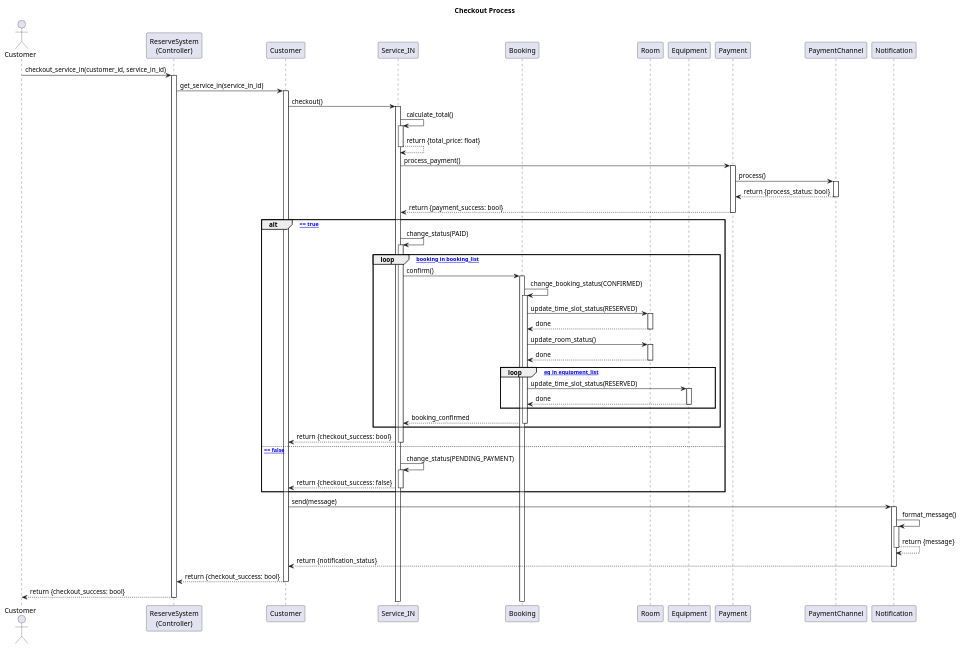
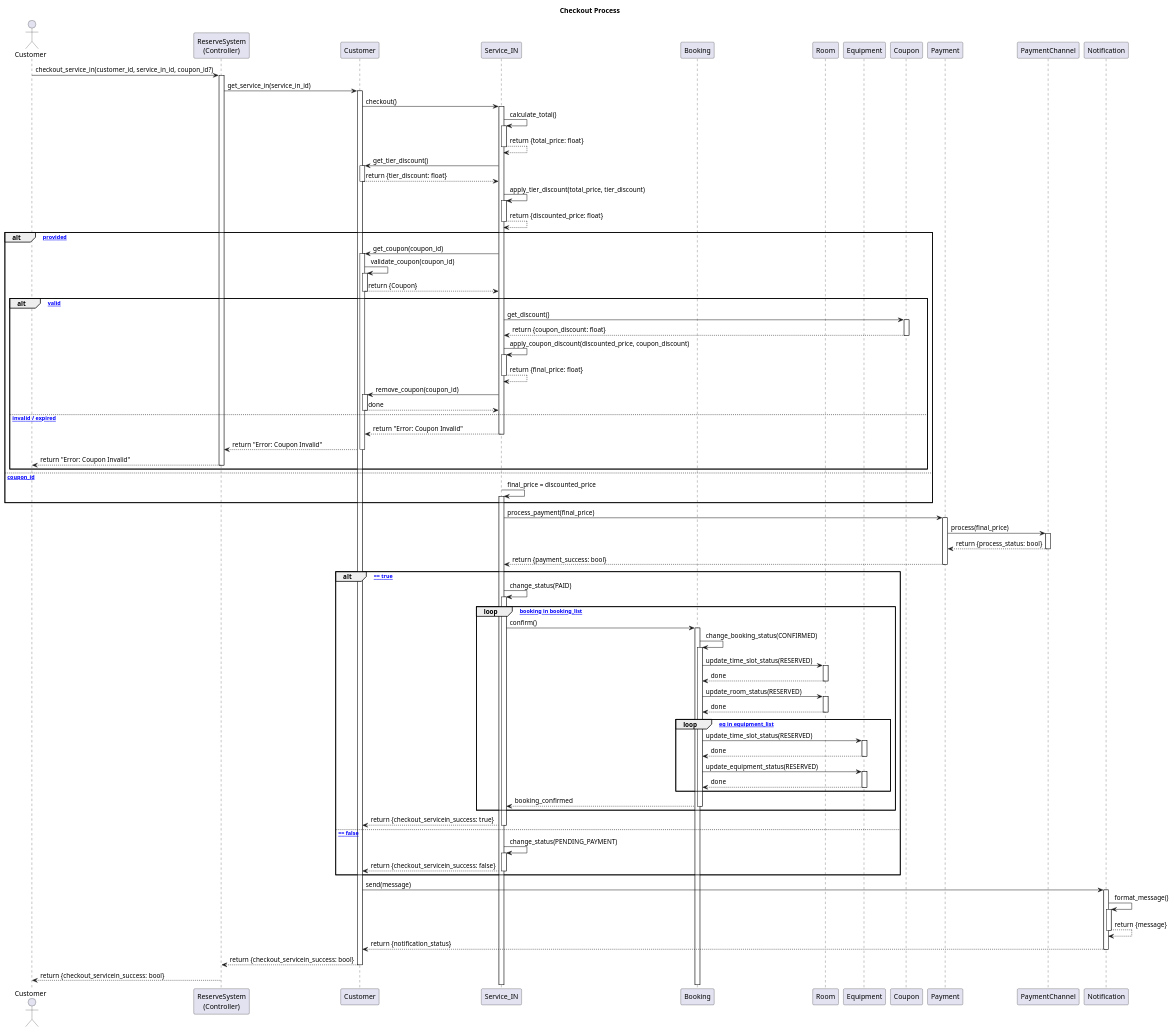
Before and after one commit to pjngth998/RhythmReserve: the diagram in diagram/sequence_diagram/Check_out_service_in.puml, drawn with PlantUML. The commit also changed 3 other files, not shown here.

Commit message:
still edit the cancel_booking and Check0ut_service_in .py

```diff
--- a/diagram/sequence_diagram/Check_out_service_in.puml
+++ b/diagram/sequence_diagram/Check_out_service_in.puml
@@ -1,69 +1,104 @@
 @startuml
 autoactivate on
 
 actor "Customer" as Program
 participant "ReserveSystem\n(Controller)" as System
 participant "Customer" as Customer
 participant "Service_IN" as ServiceIN
 participant "Booking" as Booking
 participant "Room" as Room
 participant "Equipment" as Equipment
+participant "Coupon" as Coupon
 participant "Payment" as Payment
 participant "PaymentChannel" as Channel
 participant "Notification" as Notification
 
 title Checkout Process
 
-Program -> System : checkout_service_in(customer_id, service_in_id)
+Program -> System : checkout_service_in(customer_id, service_in_id, coupon_id?)
 
     System -> Customer : get_service_in(service_in_id)
 
         Customer -> ServiceIN : checkout()
 
             ServiceIN -> ServiceIN : calculate_total()
             ServiceIN --> ServiceIN : return {total_price: float}
 
-            ServiceIN -> Payment : process_payment()
-                Payment -> Channel : process()
+            ServiceIN -> Customer : get_tier_discount()
+            Customer --> ServiceIN : return {tier_discount: float}
+
+            ServiceIN -> ServiceIN : apply_tier_discount(total_price, tier_discount)
+            ServiceIN --> ServiceIN : return {discounted_price: float}
+
+            alt [coupon_id provided]
+
+                ServiceIN -> Customer : get_coupon(coupon_id)
+                    Customer -> Customer : validate_coupon(coupon_id)
+                Customer --> ServiceIN : return {Coupon}
+
+                alt [Coupon valid]
+                    ServiceIN -> Coupon : get_discount()
+                    Coupon --> ServiceIN : return {coupon_discount: float}
+
+                    ServiceIN -> ServiceIN : apply_coupon_discount(discounted_price, coupon_discount)
+                    ServiceIN --> ServiceIN : return {final_price: float}
+
+                    ServiceIN -> Customer : remove_coupon(coupon_id)
+                    Customer --> ServiceIN : done
+
+                else [Coupon invalid / expired]
+                    ServiceIN --> Customer : return "Error: Coupon Invalid"
+                    Customer --> System : return "Error: Coupon Invalid"
+                    System --> Program : return "Error: Coupon Invalid"
+                end
+
+            else [no coupon_id]
+                ServiceIN -> ServiceIN : final_price = discounted_price
+            end
+
+            ServiceIN -> Payment : process_payment(final_price)
+                Payment -> Channel : process(final_price)
                 Channel --> Payment : return {process_status: bool}
             Payment --> ServiceIN : return {payment_success: bool}
 
             alt [payment_success == true]
 
                 ServiceIN -> ServiceIN : change_status(PAID)
 
                 loop [for booking in booking_list]
                     ServiceIN -> Booking : confirm()
 
                         Booking -> Booking : change_booking_status(CONFIRMED)
 
                         Booking -> Room : update_time_slot_status(RESERVED)
-                            Room --> Booking : done
-                        Booking -> Room : update_room_status()
-                            Room --> Booking : done
+                        Room --> Booking : done
+                        Booking -> Room : update_room_status(RESERVED)
+                        Room --> Booking : done
 
                         loop [for eq in equipment_list]
                             Booking -> Equipment : update_time_slot_status(RESERVED)
+                            Equipment --> Booking : done
+                            Booking -> Equipment : update_equipment_status(RESERVED)
                             Equipment --> Booking : done
                         end
 
                     Booking --> ServiceIN : booking_confirmed
                 end
 
-            ServiceIN --> Customer : return {checkout_success: bool}
+            ServiceIN --> Customer : return {checkout_servicein_success: true}
 
             else [payment_success == false]
                 ServiceIN -> ServiceIN : change_status(PENDING_PAYMENT)
-                ServiceIN --> Customer : return {checkout_success: false}
+                ServiceIN --> Customer : return {checkout_servicein_success: false}
             end
 
         Customer -> Notification : send(message)
             Notification -> Notification : format_message()
             Notification --> Notification : return {message}
         Notification --> Customer : return {notification_status}
 
-    Customer --> System : return {checkout_success: bool}
+    Customer --> System : return {checkout_servicein_success: bool}
 
-System --> Program : return {checkout_success: bool}
+System --> Program : return {checkout_servicein_success: bool}
 
 @enduml
```
